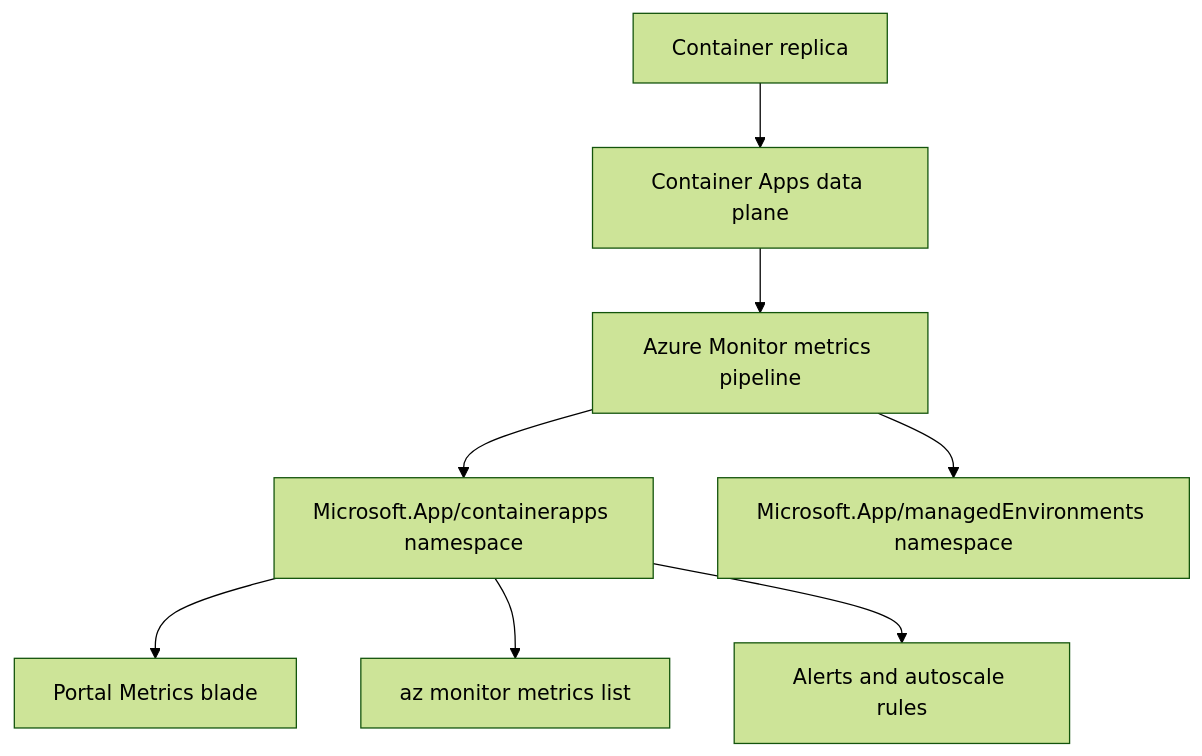
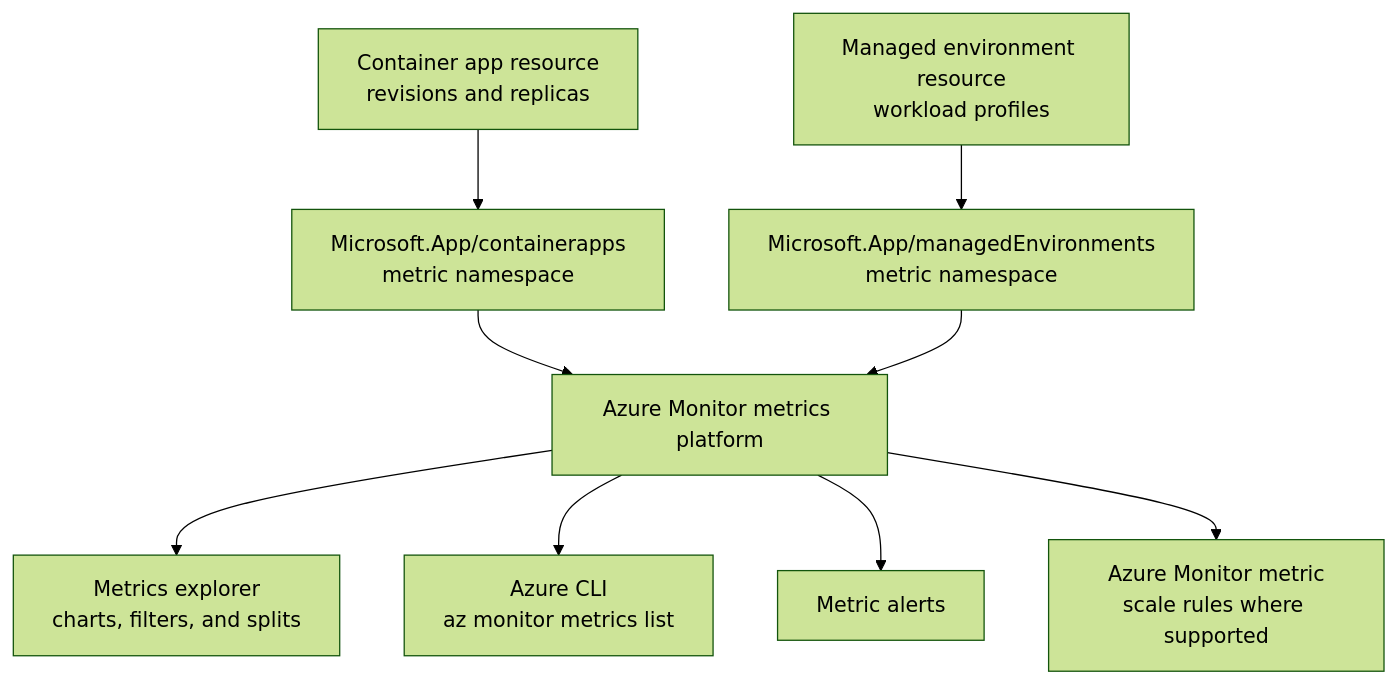
The diagram in docs/reference/metrics/index.md (yeongseon/azure-container-apps-practical-guide), drawn with Mermaid (forest theme) before and after one commit. The commit also changed other lines of this file and 8 other files, not shown here.

Commit message:
docs(diagrams): migrate start and reference diagrams (#618)

````diff
--- a/docs/reference/metrics/index.md
+++ b/docs/reference/metrics/index.md
@@ -50,10 +31,24 @@
 ```mermaid
 flowchart TD
-    A[Container replica] --> B[Container Apps data plane]
-    B --> C[Azure Monitor metrics pipeline]
-    C --> D[Microsoft.App/containerapps namespace]
-    C --> E[Microsoft.App/managedEnvironments namespace]
-    D --> F[Portal Metrics blade]
-    D --> G[az monitor metrics list]
-    D --> H[Alerts and autoscale rules]
+    accTitle: Azure Monitor metric scopes for Container Apps
+    accDescr: Container app resource metrics and managed environment metrics use separate Azure Monitor namespaces. Operators select the matching resource scope before viewing metrics, querying them through the CLI, or using supported metrics in alerts and autoscale rules.
+
+    APP[Container app resource<br/>revisions and replicas]
+    ENVIRONMENT[Managed environment resource<br/>workload profiles]
+    APP_NS[Microsoft.App/containerapps<br/>metric namespace]
+    ENV_NS[Microsoft.App/managedEnvironments<br/>metric namespace]
+    MONITOR[Azure Monitor metrics platform]
+    PORTAL[Metrics explorer<br/>charts, filters, and splits]
+    CLI[Azure CLI<br/>az monitor metrics list]
+    ALERTS[Metric alerts]
+    SCALE[Azure Monitor metric<br/>scale rules where supported]
+
+    APP --> APP_NS
+    ENVIRONMENT --> ENV_NS
+    APP_NS --> MONITOR
+    ENV_NS --> MONITOR
+    MONITOR --> PORTAL
+    MONITOR --> CLI
+    MONITOR --> ALERTS
+    MONITOR --> SCALE
 ```
````
